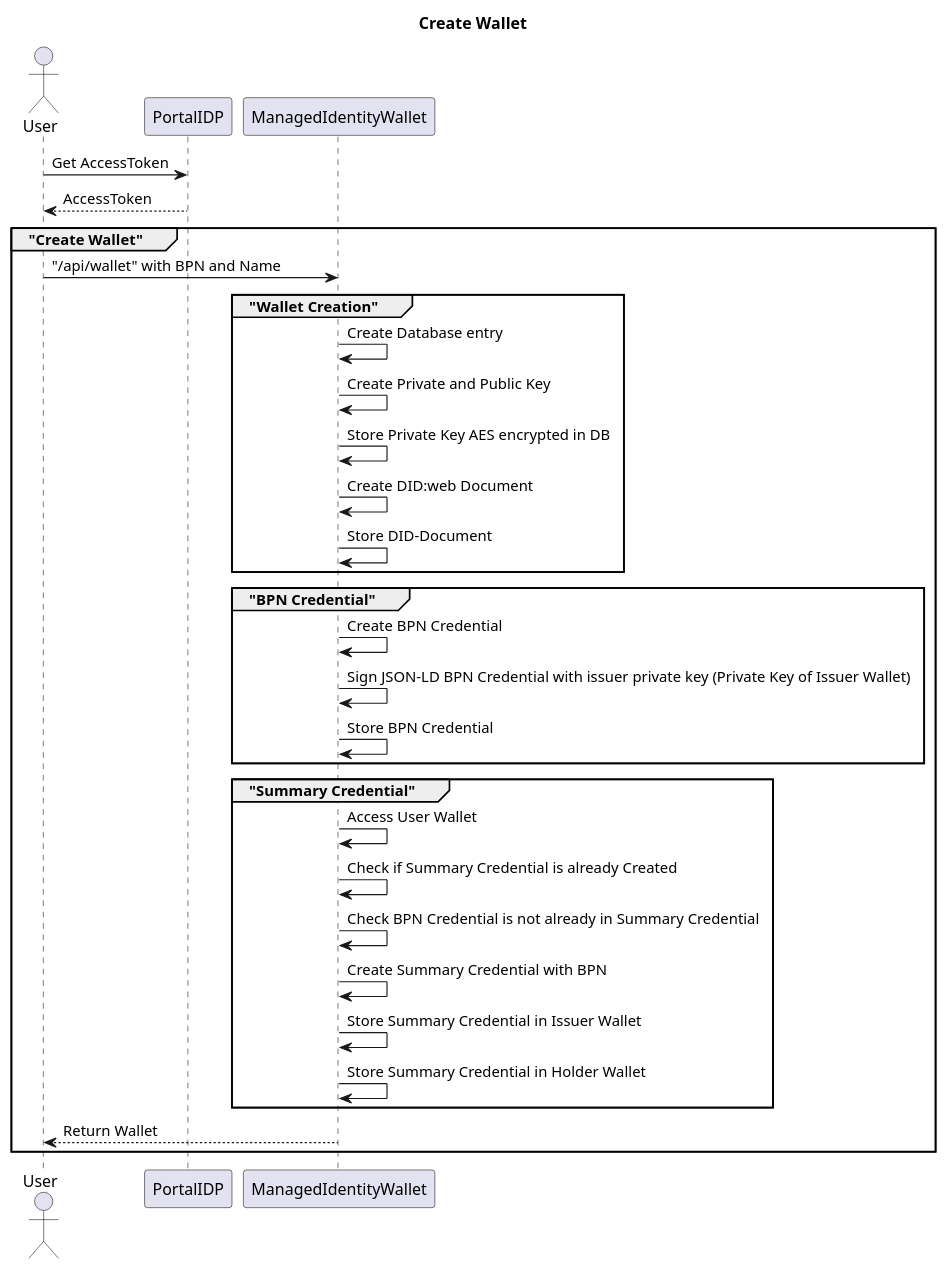
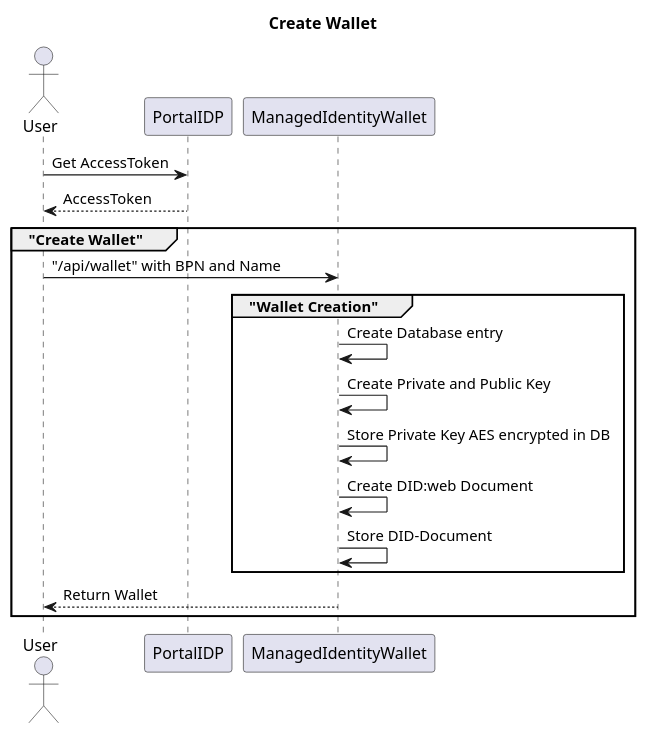
One commit to eclipse-tractusx/managed-identity-wallet changed the first of 2 diagrams in docs/arc42/main.md. Above: the diagram before and after it, drawn with PlantUML. The commit also changed other lines of this file, not shown here.

````diff
--- a/docs/arc42/main.md
+++ b/docs/arc42/main.md
@@ -152,40 +152,27 @@
 ```plantuml
 title Create Wallet
 
 actor User as user
 
 participant PortalIDP as keycloak
 participant ManagedIdentityWallet as MIW
 
 box "Get Accesstoken"
   user -> keycloak: Get AccessToken
   keycloak --> user: AccessToken
 end box
 
 group "Create Wallet"
     box "Create Wallet"
         user -> MIW: "/api/wallet" with BPN and Name
-        group "Wallet Creation"  
+        group "Wallet Creation"
             MIW -> MIW: Create Database entry
             MIW -> MIW: Create Private and Public Key
             MIW -> MIW: Store Private Key AES encrypted in DB
             MIW -> MIW: Create DID:web Document
             MIW -> MIW: Store DID-Document
         end group
-        group "BPN Credential" 
-            MIW -> MIW: Create BPN Credential
-            MIW -> MIW: Sign JSON-LD BPN Credential with issuer private key (Private Key of Issuer Wallet)
-            MIW -> MIW: Store BPN Credential
-        end group
-        group "Summary Credential" 
-            MIW -> MIW: Access User Wallet
-            MIW -> MIW: Check if Summary Credential is already Created
-            MIW -> MIW: Check BPN Credential is not already in Summary Credential
-            MIW -> MIW: Create Summary Credential with BPN
-            MIW -> MIW: Store Summary Credential in Issuer Wallet
-            MIW -> MIW: Store Summary Credential in Holder Wallet
-        end group
         MIW --> user: Return Wallet
     end box
 end group
 ```
````
